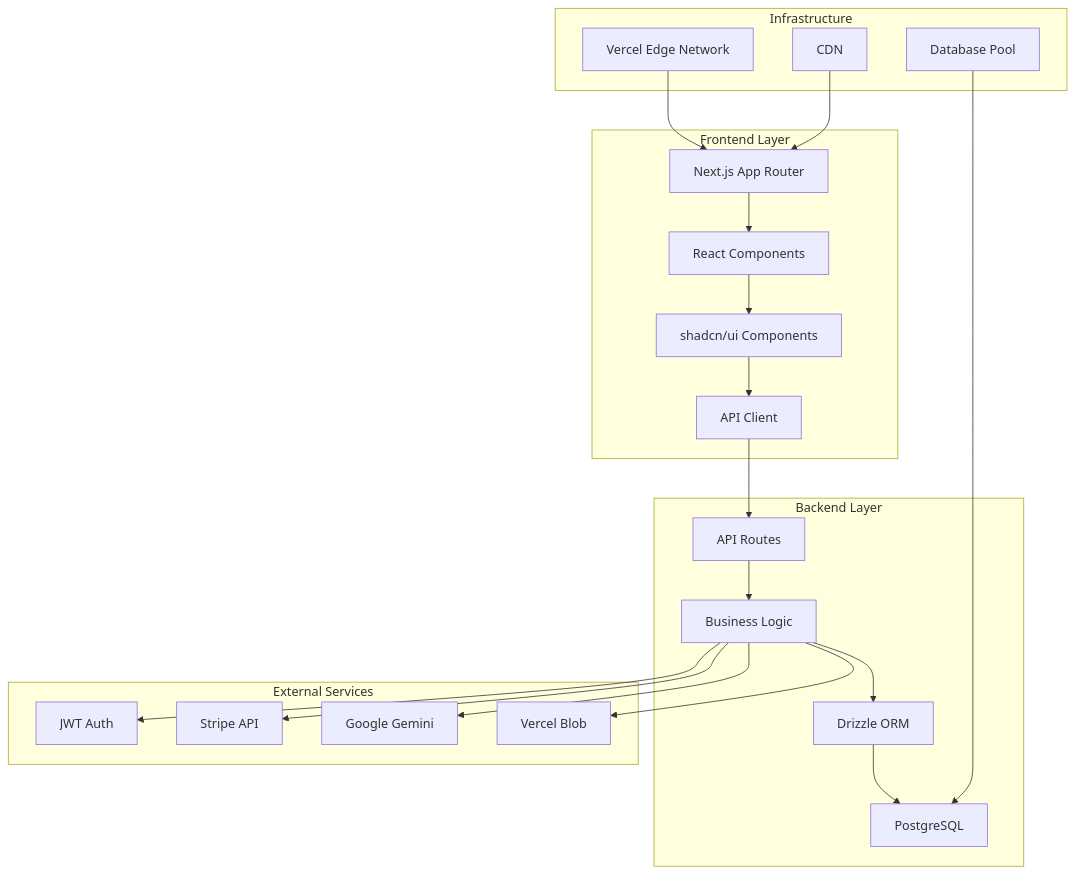
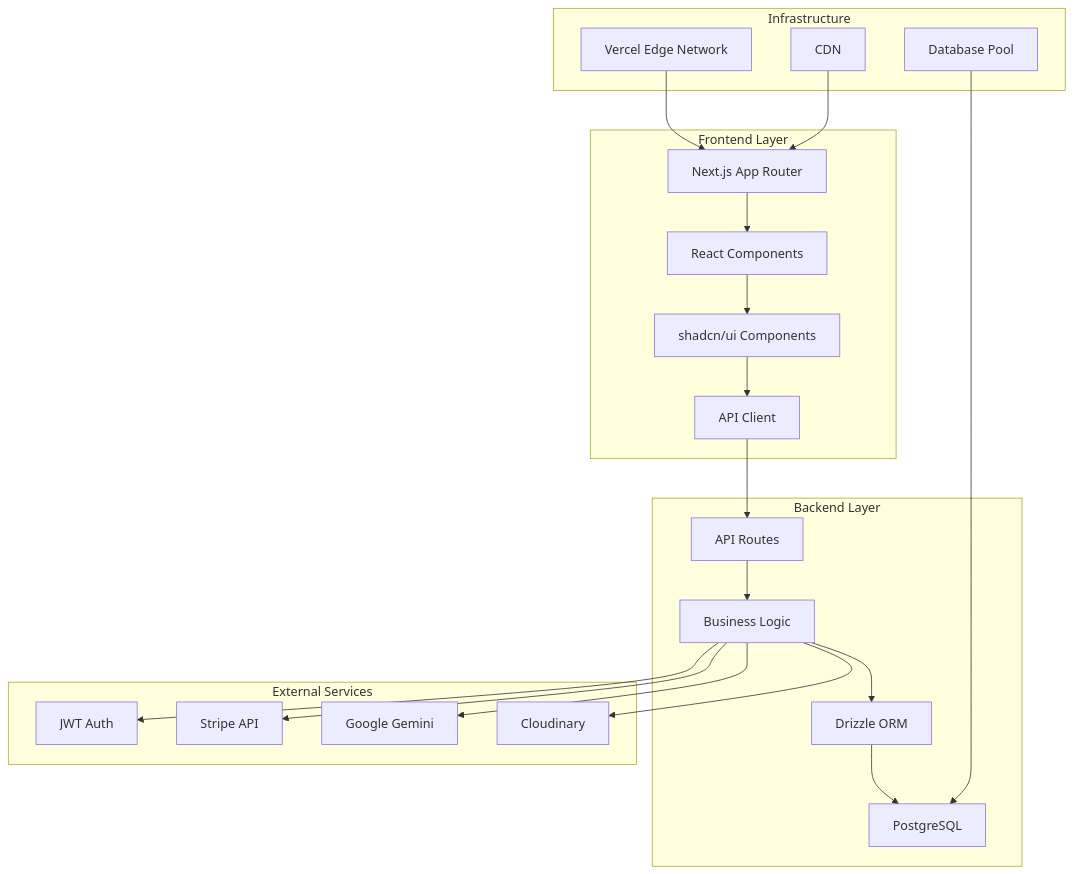
One commit to NZ-SheSharp/she-sharp changed the first of 6 diagrams in README.md. Above: the diagram before and after it, drawn with Mermaid. The commit also changed other lines of this file and 28 other files, not shown here.

First line of the commit message:
refactor: migrate from Vercel Blob to Cloudinary for image storage

````diff
--- a/README.md
+++ b/README.md
@@ -535,37 +537,37 @@
 ```mermaid
 graph TB
     subgraph "Frontend Layer"
         A[Next.js App Router] --> B[React Components]
         B --> C[shadcn/ui Components]
         C --> D[API Client]
     end
     
     subgraph "Backend Layer"
         E[API Routes] --> F[Business Logic]
         F --> G[Drizzle ORM]
         G --> H[PostgreSQL]
     end
     
     subgraph "External Services"
         I[JWT Auth]
         J[Stripe API]
         K[Google Gemini]
-        L[Vercel Blob]
+        L[Cloudinary]
     end
     
     D --> E
     F --> I
     F --> J
     F --> K
     F --> L
     
     subgraph "Infrastructure"
         M[Vercel Edge Network]
         N[CDN]
         O[Database Pool]
     end
     
     M --> A
     N --> A
     O --> H
 ```
````
